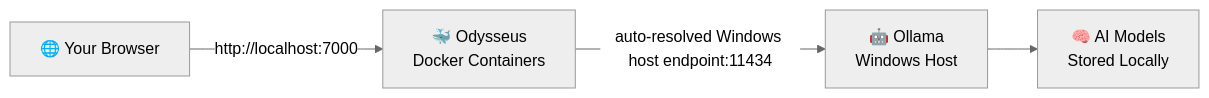
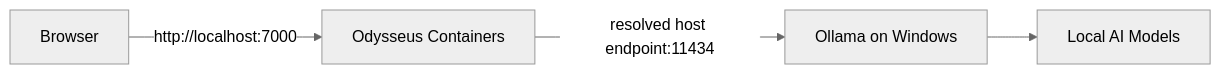
The diagram in docs/odysseus-workspace-guide.md (jameskiki/OdysseusInstaller), drawn with Mermaid (neutral theme) before and after one commit. The commit also changed other lines of this file and 6 other files, not shown here.

First line of the commit message:
Consolidate installer to local-first flow and align docs/runtime

````diff
--- a/docs/odysseus-workspace-guide.md
+++ b/docs/odysseus-workspace-guide.md
@@ -13,6 +13,6 @@
 ```mermaid
 graph LR
-    A[🌐 Your Browser] -->|http://localhost:7000| B[🐳 Odysseus\nDocker Containers]
-    B -->|auto-resolved Windows host endpoint:11434| C[🤖 Ollama\nWindows Host]
-    C --> D[🧠 AI Models\nStored Locally]
+    A[Browser] -->|http://localhost:7000| B[Odysseus Containers]
+    B -->|resolved host endpoint:11434| C[Ollama on Windows]
+    C --> D[Local AI Models]
 ```
````
